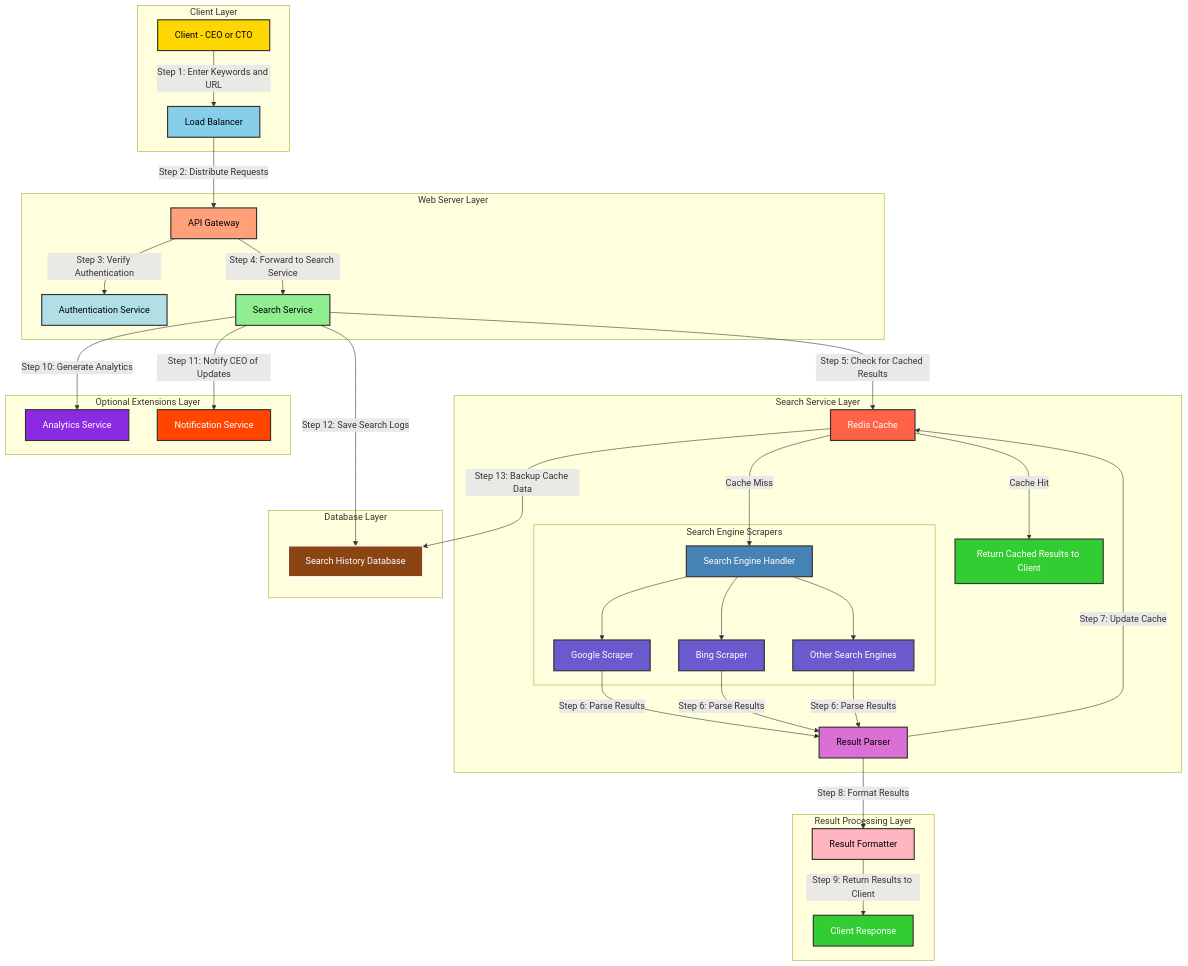
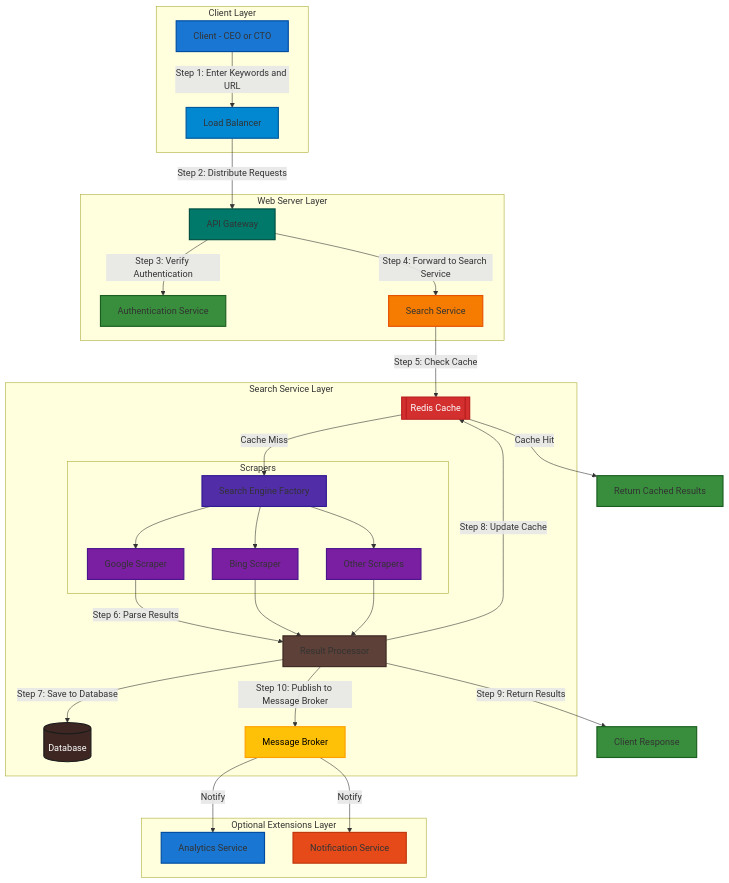
The diagram in README.md (baotoq/sympli-search), drawn with Mermaid before and after one commit.

Commit message:
Update README.md: refine flowchart for search service and result processing layers; enhance styling for clarity

````diff
--- a/README.md
+++ b/README.md
@@ -35,66 +35,62 @@
 ```mermaid
 flowchart TD
     %% Client Layer
     subgraph Client Layer
         A[Client - CEO or CTO]:::client -->|Step 1: Enter Keywords and URL| B[Load Balancer]:::loadbalancer
     end
 
     %% Web Server Layer
     subgraph Web Server Layer
         B -->|Step 2: Distribute Requests| C[API Gateway]:::gateway
         C -->|Step 3: Verify Authentication| D[Authentication Service]:::auth
         C -->|Step 4: Forward to Search Service| E[Search Service]:::searchservice
     end
 
     %% Search Service Layer
     subgraph Search Service Layer
-        E -->|Step 5: Check for Cached Results| F[Redis Cache]:::cache
-        F -->|Cache Hit| G[Return Cached Results to Client]:::output
-        F -->|Cache Miss| H[Search Engine Handler]:::handler
+        E -->|Step 5: Check Cache| F[[Redis Cache]]:::cache
 
-        subgraph Search Engine Scrapers
+        F -->|Cache Miss| H[Search Engine Factory]:::factory
+
+        subgraph Scrapers
             H --> H1[Google Scraper]:::scraper
             H --> H2[Bing Scraper]:::scraper
-            H --> H3[Other Search Engines]:::scraper
+            H --> H3[Other Scrapers]:::scraper
         end
 
-        H1 -->|Step 6: Parse Results| I[Result Parser]:::parser
-        H2 -->|Step 6: Parse Results| I
-        H3 -->|Step 6: Parse Results| I
-    end
+        H1 -->|Step 6: Parse Results| I[Result Processor]:::processor
+        H2 --> I
+        H3 --> I
 
-    %% Result Processing Layer
-    subgraph Result Processing Layer
-        I -->|Step 7: Update Cache| F
-        I -->|Step 8: Format Results| J[Result Formatter]:::formatter
-        J -->|Step 9: Return Results to Client| K[Client Response]:::output
+        I -->|Step 7: Save to Database| N[(Database)]:::database
+        I -->|Step 8: Update Cache| F
+
+
+        I -->|Step 10: Publish to Message Broker| MB[Message Broker]:::broker
     end
 
     %% Optional Extensions Layer
     subgraph Optional Extensions Layer
-        E -->|Step 10: Generate Analytics| L[Analytics Service]:::analytics
-        E -->|Step 11: Notify CEO of Updates| M[Notification Service]:::notifications
+        MB -->|Notify| L[Analytics Service]:::analytics
+        MB -->|Notify| M[Notification Service]:::notifications
     end
 
-    %% Database Layer
-    subgraph Database Layer
-        E -->|Step 12: Save Search Logs| N[Search History Database]:::database
-        F -->|Step 13: Backup Cache Data| N
-    end
+    F -->|Cache Hit| G[Return Cached Results]:::output
+    I -->|Step 9: Return Results| K[Client Response]:::output
 
     %% Styling
-    classDef client fill:#FFD700,stroke:#333,stroke-width:2px,color:#000;
-    classDef loadbalancer fill:#87CEEB,stroke:#333,stroke-width:2px,color:#000;
-    classDef gateway fill:#FFA07A,stroke:#333,stroke-width:2px,color:#000;
-    classDef auth fill:#B0E0E6,stroke:#333,stroke-width:2px,color:#000;
-    classDef searchservice fill:#90EE90,stroke:#333,stroke-width:2px,color:#000;
-    classDef cache fill:#FF6347,stroke:#333,stroke-width:2px,color:#FFF;
-    classDef handler fill:#4682B4,stroke:#333,stroke-width:2px,color:#FFF;
-    classDef scraper fill:#6A5ACD,stroke:#333,stroke-width:2px,color:#FFF;
-    classDef parser fill:#DA70D6,stroke:#333,stroke-width:2px,color:#000;
-    classDef formatter fill:#FFB6C1,stroke:#333,stroke-width:2px,color:#000;
-    classDef output fill:#32CD32,stroke:#333,stroke-width:2px,color:#FFF;
-    classDef analytics fill:#8A2BE2,stroke:#333,stroke-width:2px,color:#FFF;
-    classDef notifications fill:#FF4500,stroke:#333,stroke-width:2px,color:#FFF;
-    classDef database fill:#8B4513,stroke:#FFF,stroke-width:2px,color:#FFF;
+    classDef client fill:#1976D2,stroke:#004BA0,stroke-width:2px,color:#FFF; %% Material Blue 700
+    classDef loadbalancer fill:#0288D1,stroke:#01579B,stroke-width:2px,color:#FFF; %% Material Light Blue 700
+    classDef gateway fill:#00796B,stroke:#004D40,stroke-width:2px,color:#FFF; %% Material Teal 700
+    classDef auth fill:#388E3C,stroke:#1B5E20,stroke-width:2px,color:#FFF; %% Material Green 700
+    classDef searchservice fill:#F57C00,stroke:#E65100,stroke-width:2px,color:#FFF; %% Material Orange 700
+    classDef cache fill:#D32F2F,stroke:#B71C1C,stroke-width:2px,color:#FFF,shape:hexagon; %% Material Red 700
+    classDef factory fill:#512DA8,stroke:#311B92,stroke-width:2px,color:#FFF; %% Material Deep Purple 700
+    classDef scraper fill:#7B1FA2,stroke:#4A148C,stroke-width:2px,color:#FFF; %% Material Purple 700
+    classDef processor fill:#5D4037,stroke:#3E2723,stroke-width:2px,color:#FFF; %% Material Brown 700
+    classDef broker fill:#FFC107,stroke:#FFA000,stroke-width:2px,color:#000,shape:cylinder; %% Material Amber 700
+    classDef output fill:#388E3C,stroke:#1B5E20,stroke-width:2px,color:#FFF; %% Material Green 700
+    classDef analytics fill:#1976D2,stroke:#004BA0,stroke-width:2px,color:#FFF; %% Material Blue 700
+    classDef notifications fill:#E64A19,stroke:#BF360C,stroke-width:2px,color:#FFF; %% Material Deep Orange 700
+    classDef database fill:#3E2723,stroke:#1B1B1B,stroke-width:2px,color:#FFF,shape:subroutine; %% Material Dark Brown
 ```
````
